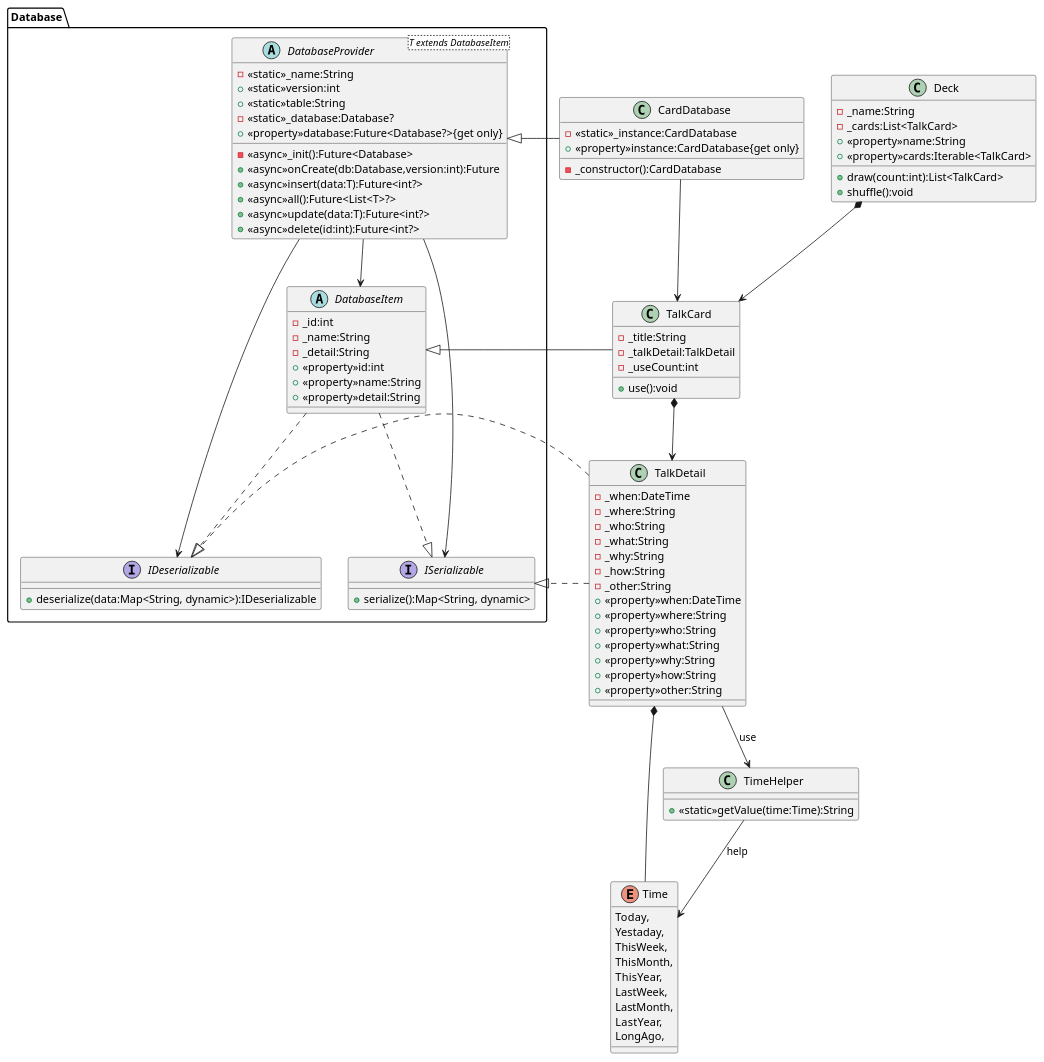
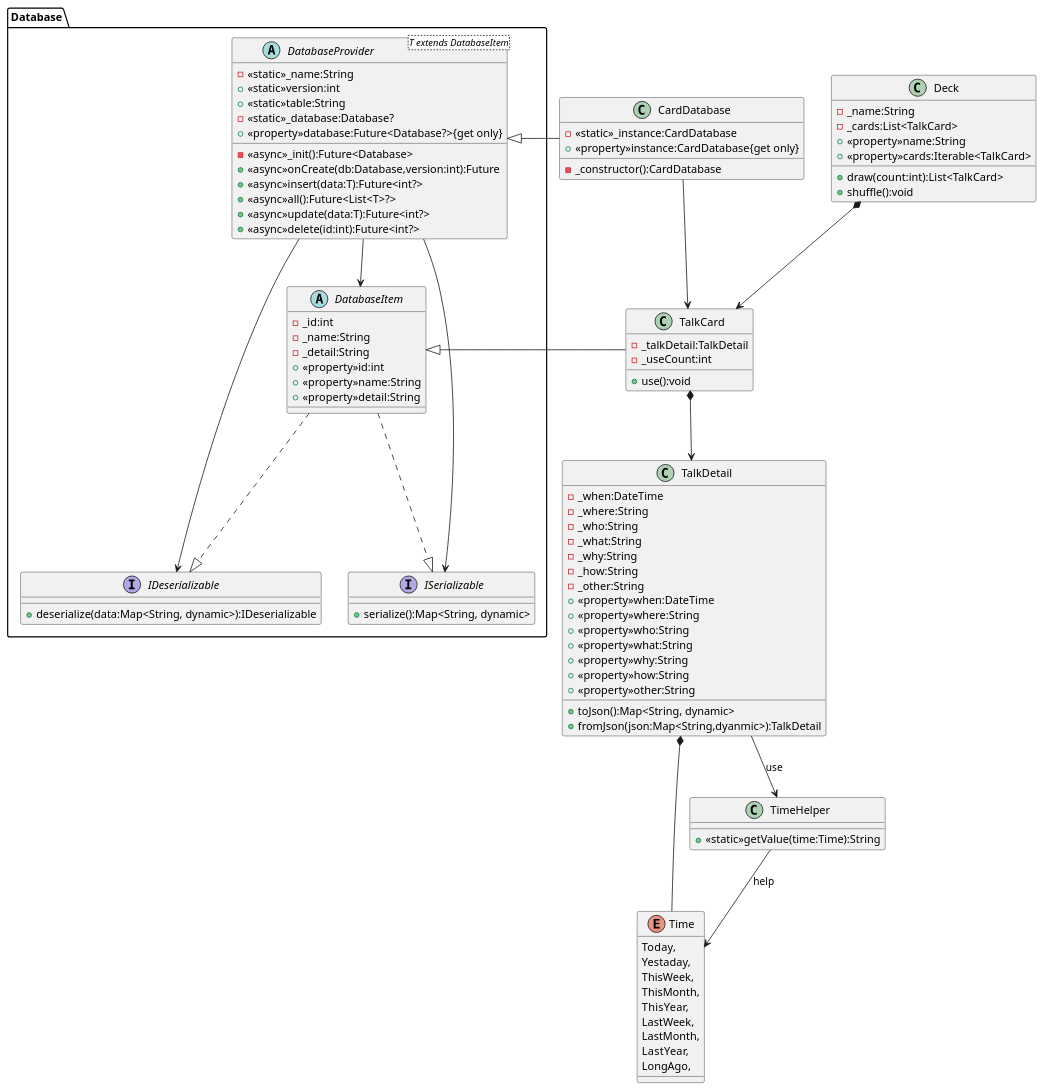
The diagram in classDiagram.pu (nmskm240/conversation_deck), drawn with PlantUML before and after one commit. The commit also changed 4 other files, not shown here.

```diff
--- a/classDiagram.pu
+++ b/classDiagram.pu
@@ -1,112 +1,111 @@
 @startuml Conversation deck cards
 package Database
 {
     abstract DatabaseItem
     {
         -_id:int
         -_name:String
         -_detail:String
         +<<property>>id:int
         +<<property>>name:String
         +<<property>>detail:String
     }
     abstract DatabaseProvider<T extends DatabaseItem>
     {
         -<<static>>_name:String
         +<<static>>version:int
         +<<static>>table:String
         -<<static>>_database:Database?
         +<<property>>database:Future<Database?>{get only}
         -<<async>>_init():Future<Database>
         +<<async>>onCreate(db:Database,version:int):Future
         +<<async>>insert(data:T):Future<int?>
         +<<async>>all():Future<List<T>?>
         +<<async>>update(data:T):Future<int?>
         +<<async>>delete(id:int):Future<int?>
     }
     interface IDeserializable
     {
         +deserialize(data:Map<String, dynamic>):IDeserializable
     }
     interface ISerializable
     {
         +serialize():Map<String, dynamic>
     }
 }
 class CardDatabase
 {
     -<<static>>_instance:CardDatabase
     +<<property>>instance:CardDatabase{get only}
     -_constructor():CardDatabase
 }
 class Deck
 {
     -_name:String
     -_cards:List<TalkCard>
     +<<property>>name:String
     +<<property>>cards:Iterable<TalkCard>
     +draw(count:int):List<TalkCard>
     +shuffle():void
 }
 class TalkCard
 {
-    -_title:String
     -_talkDetail:TalkDetail
     -_useCount:int
     +use():void
 }
 class TalkDetail
 {
     -_when:DateTime
     -_where:String
     -_who:String
     -_what:String
     -_why:String
     -_how:String
     -_other:String
     +<<property>>when:DateTime
     +<<property>>where:String
     +<<property>>who:String
     +<<property>>what:String
     +<<property>>why:String
     +<<property>>how:String
     +<<property>>other:String
+    +toJson():Map<String, dynamic>
+    +fromJson(json:Map<String,dyanmic>):TalkDetail
 }
 enum Time
 {
     Today,
     Yestaday,
     ThisWeek,
     ThisMonth,
     ThisYear,
     LastWeek,
     LastMonth,
     LastYear,
     LongAgo,
 }
 class TimeHelper
 {
     +<<static>>getValue(time:Time):String
 }
 
 DatabaseItem ..|> ISerializable
 DatabaseItem ..|> IDeserializable
-TalkDetail ..|> ISerializable
-TalkDetail ..|> IDeserializable
 
 DatabaseProvider --> DatabaseItem
 DatabaseProvider --> ISerializable
 DatabaseProvider --> IDeserializable
 CardDatabase --> TalkCard
 
 CardDatabase -left-|> DatabaseProvider
 TalkCard -left-|> DatabaseItem
 TimeHelper --> Time :help
 TalkDetail --> TimeHelper : use
 
 TalkDetail *-- Time
 
 TalkCard *--> TalkDetail
 Deck *--> TalkCard
 
 @enduml
```
